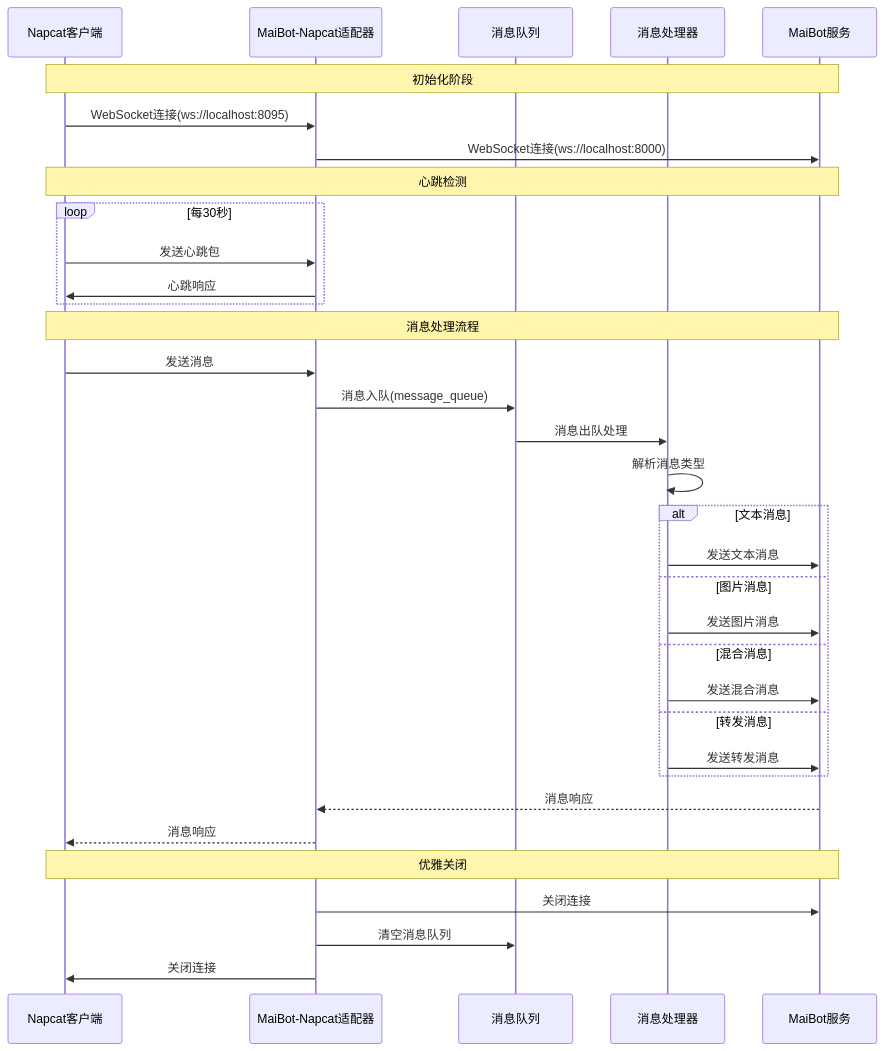
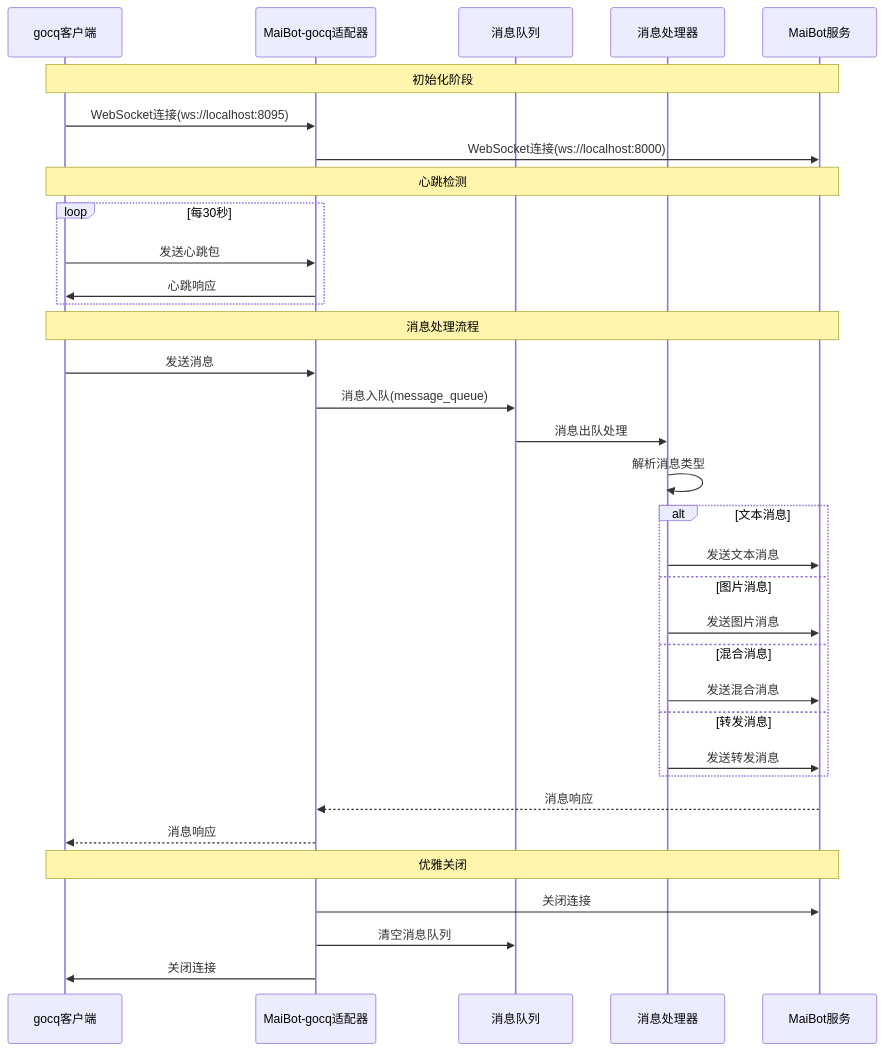
Before and after one commit to SnowindMe/MaiBot-Gocq-Adapter_NEW_: the diagram in README.md, drawn with Mermaid. The commit also changed other lines of this file and 5 other files, not shown here.

````diff
--- a/README.md
+++ b/README.md
@@ -9,40 +9,40 @@
 ```mermaid
 sequenceDiagram
-    participant Napcat as Napcat客户端
-    participant Adapter as MaiBot-Napcat适配器
+    participant gocq as gocq客户端
+    participant Adapter as MaiBot-gocq适配器
     participant Queue as 消息队列
     participant Handler as 消息处理器
     participant MaiBot as MaiBot服务
 
-    Note over Napcat,MaiBot: 初始化阶段
-    Napcat->>Adapter: WebSocket连接(ws://localhost:8095)
+    Note over gocq,MaiBot: 初始化阶段
+    gocq->>Adapter: WebSocket连接(ws://localhost:8095)
     Adapter->>MaiBot: WebSocket连接(ws://localhost:8000)
     
-    Note over Napcat,MaiBot: 心跳检测
+    Note over gocq,MaiBot: 心跳检测
     loop 每30秒
-        Napcat->>Adapter: 发送心跳包
-        Adapter->>Napcat: 心跳响应
+        gocq->>Adapter: 发送心跳包
+        Adapter->>gocq: 心跳响应
     end
 
-    Note over Napcat,MaiBot: 消息处理流程
-    Napcat->>Adapter: 发送消息
+    Note over gocq,MaiBot: 消息处理流程
+    gocq->>Adapter: 发送消息
     Adapter->>Queue: 消息入队(message_queue)
     Queue->>Handler: 消息出队处理
     Handler->>Handler: 解析消息类型
     alt 文本消息
         Handler->>MaiBot: 发送文本消息
     else 图片消息
         Handler->>MaiBot: 发送图片消息
     else 混合消息
         Handler->>MaiBot: 发送混合消息
     else 转发消息
         Handler->>MaiBot: 发送转发消息
     end
     MaiBot-->>Adapter: 消息响应
-    Adapter-->>Napcat: 消息响应
+    Adapter-->>gocq: 消息响应
 
-    Note over Napcat,MaiBot: 优雅关闭
+    Note over gocq,MaiBot: 优雅关闭
     Adapter->>MaiBot: 关闭连接
     Adapter->>Queue: 清空消息队列
-    Adapter->>Napcat: 关闭连接
+    Adapter->>gocq: 关闭连接
 ```
````
